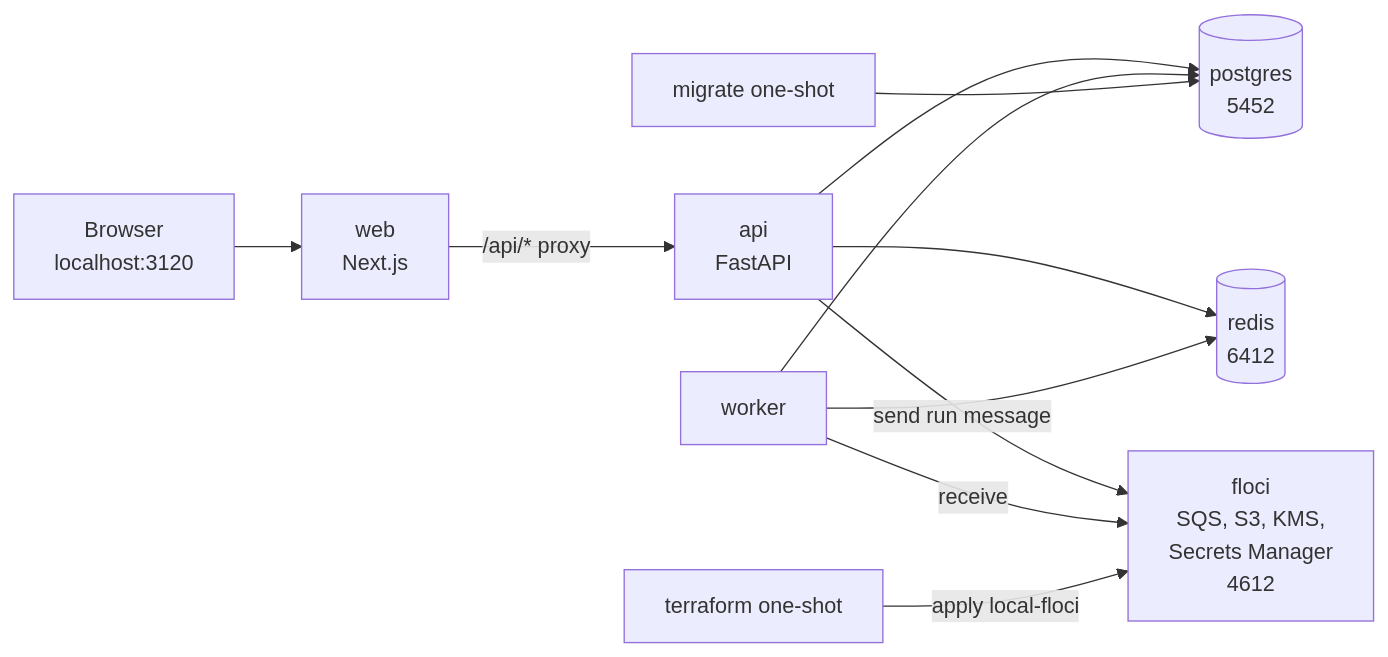
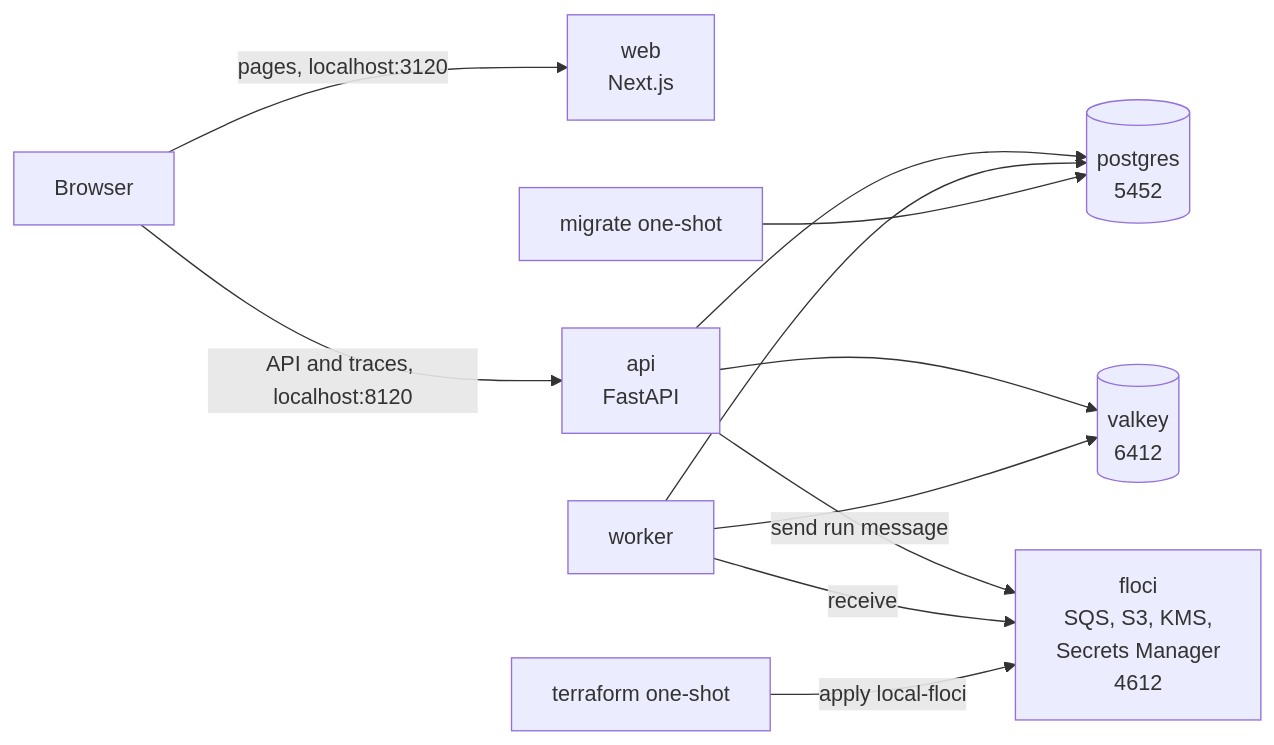
The third of 6 diagrams in docs/architecture/HLD.md (euron-sde-team/euron-agent-studio), drawn with Mermaid before and after one commit. The commit also changed other lines of this file, not shown here.

````diff
--- a/docs/architecture/HLD.md
+++ b/docs/architecture/HLD.md
@@ -130,13 +130,13 @@
 ```mermaid
 flowchart LR
-  browser["Browser<br/>localhost:3120"] --> web["web<br/>Next.js"]
-  web -->|/api/* proxy| api["api<br/>FastAPI"]
+  browser["Browser"] -->|pages, localhost:3120| web["web<br/>Next.js"]
+  browser -->|API and traces, localhost:8120| api["api<br/>FastAPI"]
   api --> pg[("postgres<br/>5452")]
-  api --> redis[("redis<br/>6412")]
+  api --> redis[("valkey<br/>6412")]
   worker["worker"] --> pg
   worker --> redis
   api -->|send run message| floci["floci<br/>SQS, S3, KMS,<br/>Secrets Manager<br/>4612"]
   worker -->|receive| floci
   tf["terraform one-shot"] -->|apply local-floci| floci
   migrate["migrate one-shot"] --> pg
 ```
````
